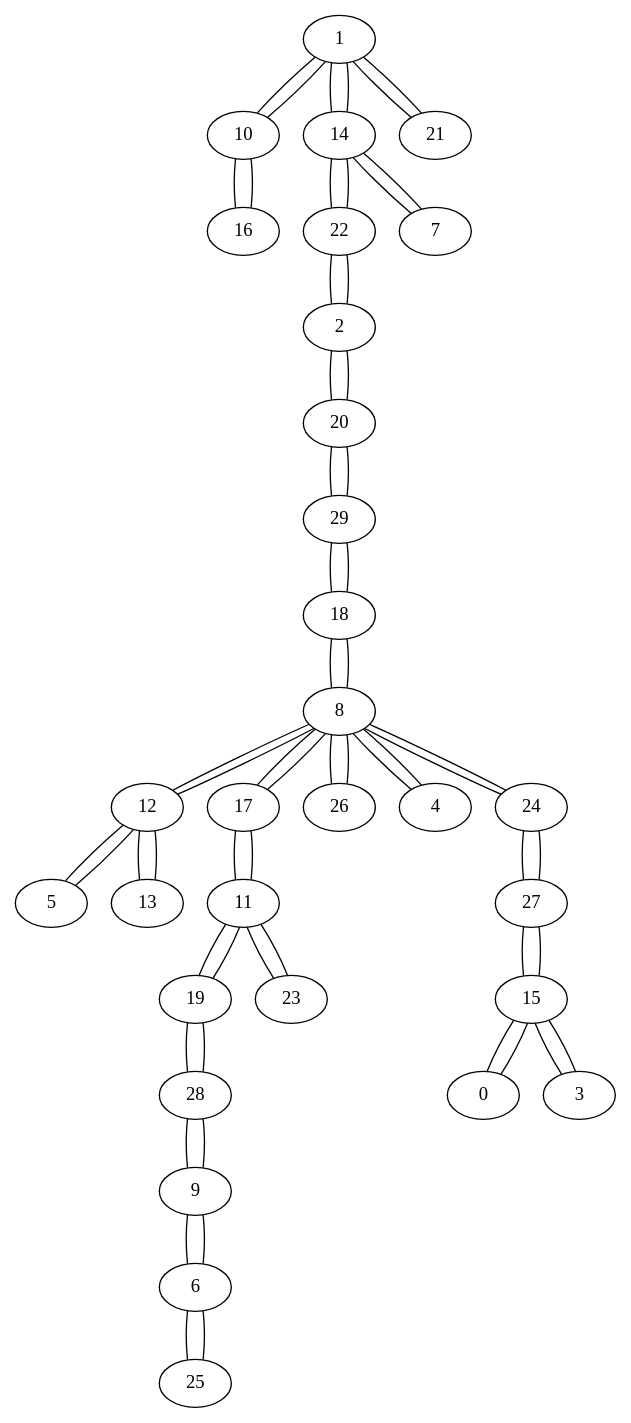
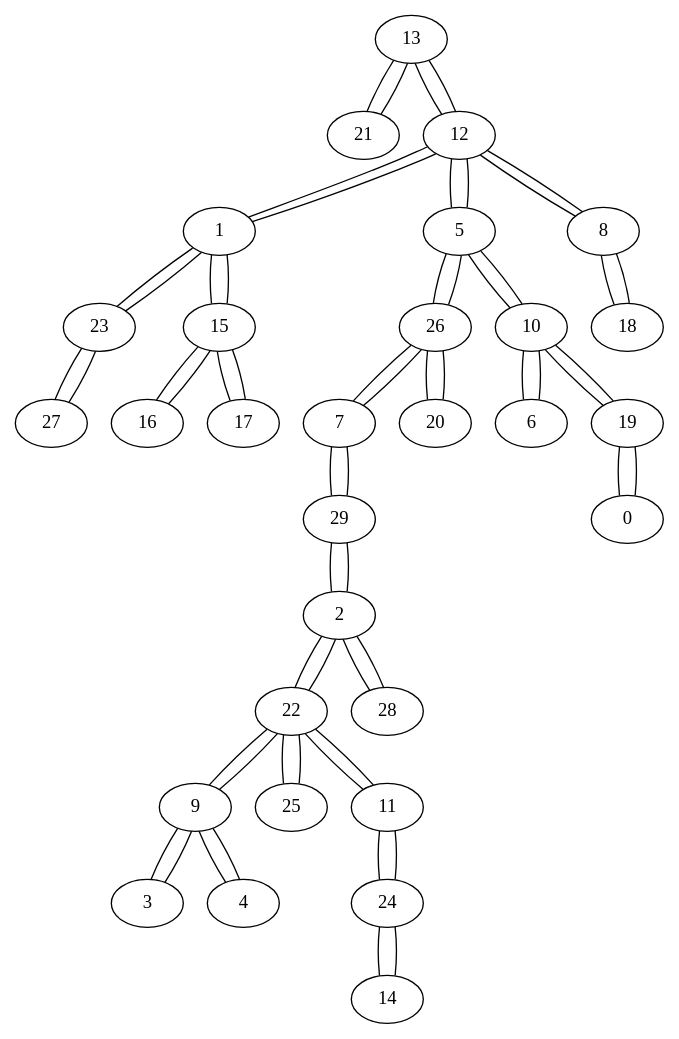
Before and after one commit to chrisalmonte/P-Grafos: the diagram in grafos/Gilbert/gilbert_pocos_kruskal.gv, drawn with Graphviz. The commit also changed 10 other files, not shown here.

```diff
--- a/grafos/Gilbert/gilbert_pocos_kruskal.gv
+++ b/grafos/Gilbert/gilbert_pocos_kruskal.gv
@@ -1,60 +1,60 @@
 graph {
-1 -- 10 [ distancia=1 ]
-1 -- 14 [ distancia=1 ]
-1 -- 21 [ distancia=5 ]
-10 -- 1 [ distancia=1 ]
-10 -- 16 [ distancia=1 ]
-5 -- 12 [ distancia=1 ]
-12 -- 5 [ distancia=1 ]
-12 -- 8 [ distancia=1 ]
-12 -- 13 [ distancia=3 ]
-8 -- 12 [ distancia=1 ]
-8 -- 17 [ distancia=1 ]
-8 -- 18 [ distancia=1 ]
-8 -- 26 [ distancia=1 ]
-8 -- 4 [ distancia=2 ]
-8 -- 24 [ distancia=4 ]
-14 -- 1 [ distancia=1 ]
-14 -- 22 [ distancia=1 ]
-14 -- 7 [ distancia=2 ]
-0 -- 15 [ distancia=1 ]
-15 -- 0 [ distancia=1 ]
-15 -- 27 [ distancia=1 ]
-15 -- 3 [ distancia=4 ]
-16 -- 10 [ distancia=1 ]
-17 -- 8 [ distancia=1 ]
-17 -- 11 [ distancia=2 ]
-18 -- 8 [ distancia=1 ]
-18 -- 29 [ distancia=2 ]
-11 -- 19 [ distancia=1 ]
-11 -- 23 [ distancia=1 ]
-11 -- 17 [ distancia=2 ]
-19 -- 11 [ distancia=1 ]
-19 -- 28 [ distancia=1 ]
-2 -- 20 [ distancia=1 ]
-2 -- 22 [ distancia=1 ]
-20 -- 2 [ distancia=1 ]
-20 -- 29 [ distancia=1 ]
-22 -- 2 [ distancia=1 ]
-22 -- 14 [ distancia=1 ]
-23 -- 11 [ distancia=1 ]
-26 -- 8 [ distancia=1 ]
-27 -- 15 [ distancia=1 ]
-27 -- 24 [ distancia=2 ]
-28 -- 19 [ distancia=1 ]
-28 -- 9 [ distancia=2 ]
-29 -- 20 [ distancia=1 ]
-29 -- 18 [ distancia=2 ]
-4 -- 8 [ distancia=2 ]
-7 -- 14 [ distancia=2 ]
-24 -- 27 [ distancia=2 ]
-24 -- 8 [ distancia=4 ]
-9 -- 28 [ distancia=2 ]
-9 -- 6 [ distancia=3 ]
-6 -- 9 [ distancia=3 ]
-6 -- 25 [ distancia=4 ]
-13 -- 12 [ distancia=3 ]
-3 -- 15 [ distancia=4 ]
-25 -- 6 [ distancia=4 ]
-21 -- 1 [ distancia=5 ]
+13 -- 21 [ distancia=1 ]
+13 -- 12 [ distancia=2 ]
+21 -- 13 [ distancia=1 ]
+9 -- 22 [ distancia=1 ]
+9 -- 3 [ distancia=2 ]
+9 -- 4 [ distancia=3 ]
+22 -- 9 [ distancia=1 ]
+22 -- 25 [ distancia=2 ]
+22 -- 2 [ distancia=3 ]
+22 -- 11 [ distancia=3 ]
+1 -- 23 [ distancia=1 ]
+1 -- 12 [ distancia=2 ]
+1 -- 15 [ distancia=2 ]
+23 -- 1 [ distancia=1 ]
+23 -- 27 [ distancia=1 ]
+5 -- 26 [ distancia=1 ]
+5 -- 12 [ distancia=2 ]
+5 -- 10 [ distancia=3 ]
+26 -- 5 [ distancia=1 ]
+26 -- 7 [ distancia=1 ]
+26 -- 20 [ distancia=1 ]
+7 -- 26 [ distancia=1 ]
+7 -- 29 [ distancia=1 ]
+20 -- 26 [ distancia=1 ]
+27 -- 23 [ distancia=1 ]
+29 -- 7 [ distancia=1 ]
+29 -- 2 [ distancia=2 ]
+3 -- 9 [ distancia=2 ]
+12 -- 1 [ distancia=2 ]
+12 -- 5 [ distancia=2 ]
+12 -- 8 [ distancia=2 ]
+12 -- 13 [ distancia=2 ]
+8 -- 12 [ distancia=2 ]
+8 -- 18 [ distancia=3 ]
+15 -- 1 [ distancia=2 ]
+15 -- 16 [ distancia=2 ]
+15 -- 17 [ distancia=3 ]
+16 -- 15 [ distancia=2 ]
+25 -- 22 [ distancia=2 ]
+2 -- 29 [ distancia=2 ]
+2 -- 22 [ distancia=3 ]
+2 -- 28 [ distancia=4 ]
+4 -- 9 [ distancia=3 ]
+10 -- 5 [ distancia=3 ]
+10 -- 6 [ distancia=3 ]
+10 -- 19 [ distancia=3 ]
+6 -- 10 [ distancia=3 ]
+17 -- 15 [ distancia=3 ]
+18 -- 8 [ distancia=3 ]
+0 -- 19 [ distancia=3 ]
+19 -- 0 [ distancia=3 ]
+19 -- 10 [ distancia=3 ]
+11 -- 22 [ distancia=3 ]
+11 -- 24 [ distancia=4 ]
+24 -- 11 [ distancia=4 ]
+24 -- 14 [ distancia=6 ]
+28 -- 2 [ distancia=4 ]
+14 -- 24 [ distancia=6 ]
 }
```
